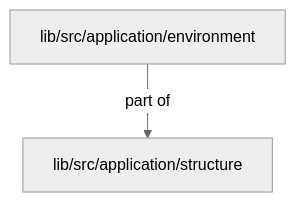
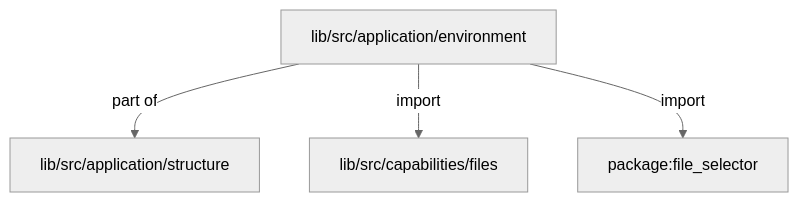
One commit to MiuDog/Kallopis changed the first of 2 diagrams in docs/architecture/src/application/environment/README.md. Above: the diagram before and after it, drawn with Mermaid (neutral theme). The commit also changed other lines of this file and 9688 other files, not shown here.

Commit message:
Prepare isolated Flow F2 peer baseline

````diff
--- a/docs/architecture/src/application/environment/README.md
+++ b/docs/architecture/src/application/environment/README.md
@@ -13,6 +13,10 @@
 ```mermaid
 flowchart TD
 	n0["lib/src/application/environment"]
 	n1["lib/src/application/structure"]
+	n2["lib/src/capabilities/files"]
+	n3["package:file_selector"]
 	n0 -->|"part of"| n1
+	n0 -->|"import"| n2
+	n0 -->|"import"| n3
 ```
````
